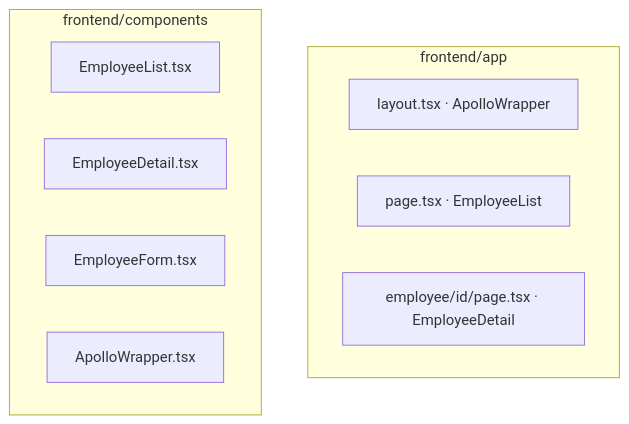
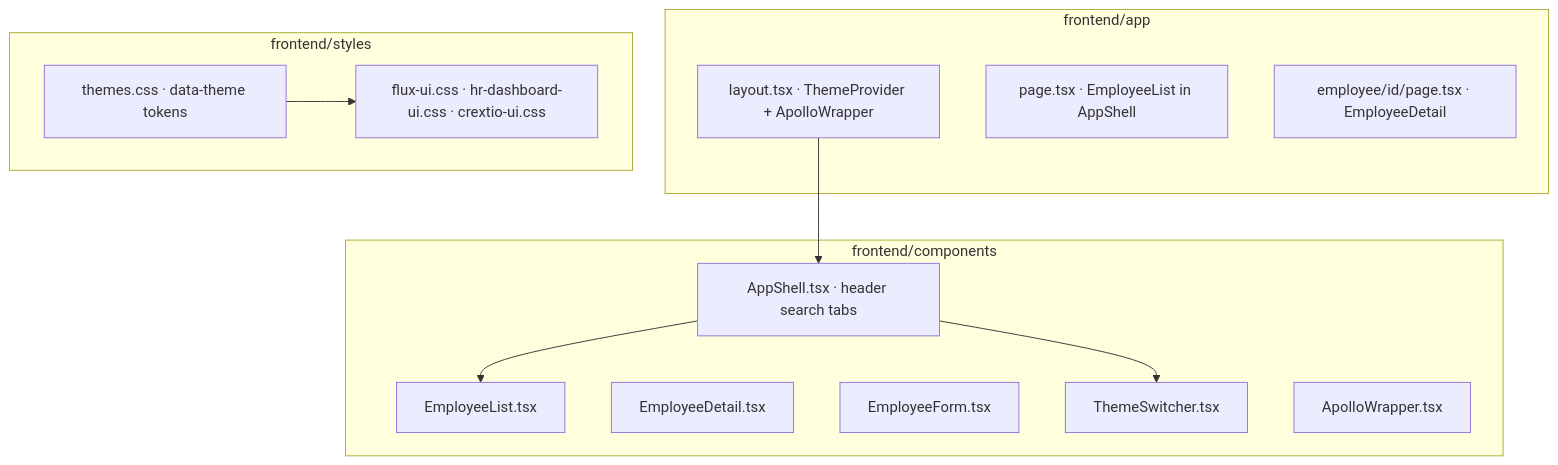
Before and after one commit to sergeville/peoplesoft-graphql-starter: the seventh of 10 diagrams in Courses/COURSE.md, drawn with Mermaid. The commit also changed other lines of this file and 6 other files, not shown here.

````diff
--- a/Courses/COURSE.md
+++ b/Courses/COURSE.md
@@ -687,14 +687,24 @@
 ```mermaid
 flowchart TD
   subgraph APP[frontend/app]
-    L[layout.tsx · ApolloWrapper]
-    P[page.tsx · EmployeeList]
+    L[layout.tsx · ThemeProvider + ApolloWrapper]
+    P[page.tsx · EmployeeList in AppShell]
     D[employee/id/page.tsx · EmployeeDetail]
   end
   subgraph COMP[frontend/components]
+    AS[AppShell.tsx · header search tabs]
     EL[EmployeeList.tsx]
     ED[EmployeeDetail.tsx]
     EF[EmployeeForm.tsx]
+    TS[ThemeSwitcher.tsx]
     AW[ApolloWrapper.tsx]
   end
+  subgraph STYLE[frontend/styles]
+    TH[themes.css · data-theme tokens]
+    FX[flux-ui.css · hr-dashboard-ui.css · crextio-ui.css]
+  end
+  L --> AS
+  AS --> EL
+  AS --> TS
+  TH --> FX
 ```
````
